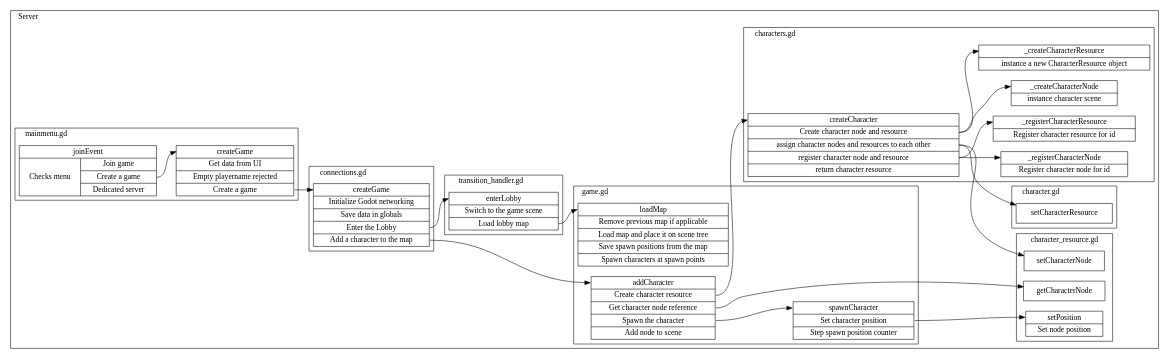
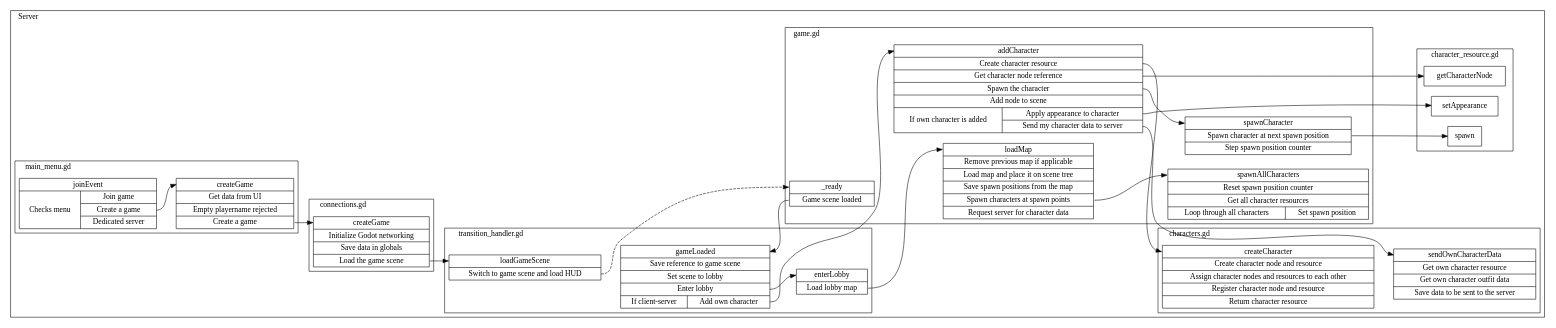
Before and after one commit to opensuspect/opensuspect: the diagram in misc/controlflow/create and join/create.dot, drawn with Graphviz. The commit also changed 13 other files, not shown here.

Commit message:
WIP: updating controlflow for create and join

```diff
--- a/misc/controlflow/create and join/create.dot
+++ b/misc/controlflow/create and join/create.dot
@@ -1,116 +1,121 @@
 digraph controlflow {
     rankdir="LR";
     subgraph cluster_client1 {
         label="Client 1"; labeljust="l";
 
     }
     subgraph cluster_server {
         label="Server"; labeljust="l";
-        subgraph cluster_server_character_resource {
-            label="character_resource.gd"; labeljust="l";
-            server_character_resource_getCharacterNode [
-                label="<begin>getCharacterNode"
+        subgraph cluster_server_game {
+            label="game.gd"; labeljust="l";
+            server_game__ready [
+                label="<begin>_ready | <f0> Game scene loaded "
                 shape="record"
             ]
-            server_character_resource_setCharacterNode [
-                label="<begin>setCharacterNode"
+            server_game_loadMap [
+                label="<begin>loadMap | {<f0> Remove previous map if applicable } | <f1> Load map and place it on scene tree  | <f2> Save spawn positions from the map  | <f3> Spawn characters at spawn points  | <f4> Request server for character data "
                 shape="record"
             ]
-            server_character_resource_setPosition [
-                label="<begin>setPosition | <f0> Set node position "
+            server_game_addCharacter [
+                label="<begin>addCharacter | <f0> Create character resource  | <f1> Get character node reference  | <f2> Spawn the character  | <f3> Add node to scene  | {<f4> If own character is added  |  { <f5> Apply appearance to character  | <f6> Send my character data to server  } }"
+                shape="record"
+            ]
+            server_game_spawnAllCharacters [
+                label="<begin>spawnAllCharacters | <f0> Reset spawn position counter  | <f1> Get all character resources  | {<f2> Loop through all characters  |  { <f3> Set spawn position  } }"
+                shape="record"
+            ]
+            server_game_spawnCharacter [
+                label="<begin>spawnCharacter | <f0> Spawn character at next spawn position  | <f1> Step spawn position counter "
                 shape="record"
             ]
         }
-        subgraph cluster_server_game {
-            label="game.gd"; labeljust="l";
-            server_game_loadMap [
-                label="<begin>loadMap | {<f0> Remove previous map if applicable } | <f1> Load map and place it on scene tree  | <f2> Save spawn positions from the map  | <f3> Spawn characters at spawn points "
+        subgraph cluster_server_main_menu {
+            label="main_menu.gd"; labeljust="l";
+            server_main_menu_createGame [
+                label="<begin>createGame | <f0> Get data from UI  | {<f1> Empty playername rejected } | <f2> Create a game "
                 shape="record"
             ]
-            server_game_addCharacter [
-                label="<begin>addCharacter | <f0> Create character resource  | <f1> Get character node reference  | <f2> Spawn the character  | <f3> Add node to scene "
-                shape="record"
-            ]
-            server_game_spawnCharacter [
-                label="<begin>spawnCharacter | <f0> Set character position  | <f1> Step spawn position counter "
-                shape="record"
-            ]
-        }
-        subgraph cluster_server_character {
-            label="character.gd"; labeljust="l";
-            server_character_setCharacterResource [
-                label="<begin>setCharacterResource"
-                shape="record"
-            ]
-        }
-        subgraph cluster_server_transition_handler {
-            label="transition_handler.gd"; labeljust="l";
-            server_transition_handler_enterLobby [
-                label="<begin>enterLobby | <f0> Switch to the game scene  | <f1> Load lobby map "
+            server_main_menu_joinEvent [
+                label="<begin>joinEvent | {<f0> Checks menu  |  { <f1> Join game  | <f2> Create a game  | <f3> Dedicated server  } }"
                 shape="record"
             ]
         }
         subgraph cluster_server_connections {
             label="connections.gd"; labeljust="l";
             server_connections_createGame [
-                label="<begin>createGame | <f0> Initialize Godot networking  | <f1> Save data in globals  | <f2> Enter the Lobby  | <f3> Add a character to the map "
+                label="<begin>createGame | <f0> Initialize Godot networking  | <f1> Save data in globals  | <f2> Load the game scene "
+                shape="record"
+            ]
+        }
+        subgraph cluster_server_transition_handler {
+            label="transition_handler.gd"; labeljust="l";
+            server_transition_handler_gameLoaded [
+                label="<begin>gameLoaded | <f0> Save reference to game scene  | <f1> Set scene to lobby  | <f2> Enter lobby  | {<f3> If client-server  |  { <f4> Add own character  } }"
+                shape="record"
+            ]
+            server_transition_handler_loadGameScene [
+                label="<begin>loadGameScene | <f0> Switch to game scene and load HUD "
+                shape="record"
+            ]
+            server_transition_handler_enterLobby [
+                label="<begin>enterLobby | <f0> Load lobby map "
                 shape="record"
             ]
         }
         subgraph cluster_server_characters {
             label="characters.gd"; labeljust="l";
             server_characters_createCharacter [
-                label="<begin>createCharacter | <f0> Create character node and resource  | <f1> assign character nodes and resources to each other  | <f2> register character node and resource  | <f3> return character resource "
+                label="<begin>createCharacter | <f0> Create character node and resource  | <f1> Assign character nodes and resources to each other  | <f2> Register character node and resource  | <f3> Return character resource "
                 shape="record"
             ]
-            server_characters__createCharacterNode [
-                label="<begin>_createCharacterNode | <f0> instance character scene "
-                shape="record"
-            ]
-            server_characters__createCharacterResource [
-                label="<begin>_createCharacterResource | <f0> instance a new CharacterResource object "
-                shape="record"
-            ]
-            server_characters__registerCharacterNode [
-                label="<begin>_registerCharacterNode | <f0> Register character node for id "
-                shape="record"
-            ]
-            server_characters__registerCharacterResource [
-                label="<begin>_registerCharacterResource | <f0> Register character resource for id "
+            server_characters_sendOwnCharacterData [
+                label="<begin>sendOwnCharacterData | <f0> Get own character resource  | <f1> Get own character outfit data  | <f2> Save data to be sent to the server "
                 shape="record"
             ]
         }
-        subgraph cluster_server_mainmenu {
-            label="mainmenu.gd"; labeljust="l";
-            server_mainmenu_createGame [
-                label="<begin>createGame | <f0> Get data from UI  | {<f1> Empty playername rejected } | <f2> Create a game "
+        subgraph cluster_server_character_resource {
+            label="character_resource.gd"; labeljust="l";
+            server_character_resource_spawn [
+                label="<begin>spawn"
                 shape="record"
             ]
-            server_mainmenu_joinEvent [
-                label="<begin>joinEvent | {<f0> Checks menu  |  { <f1> Join game  | <f2> Create a game  | <f3> Dedicated server  } }"
+            server_character_resource_getCharacterNode [
+                label="<begin>getCharacterNode"
+                shape="record"
+            ]
+            server_character_resource_setAppearance [
+                label="<begin>setAppearance"
                 shape="record"
             ]
         }
 
     }
     subgraph cluster_client2 {
         label="Client 2"; labeljust="l";
 
     }
 
-    server_mainmenu_joinEvent:f2 -> server_mainmenu_createGame:begin;
-    server_mainmenu_createGame:f2 -> server_connections_createGame:begin;
-    server_connections_createGame:f2 -> server_transition_handler_enterLobby:begin;
-    server_transition_handler_enterLobby:f1 -> server_game_loadMap:begin;
-    server_connections_createGame:f3 -> server_game_addCharacter:begin;
+    server_main_menu_joinEvent:f2 -> server_main_menu_createGame:begin;
+    server_main_menu_createGame:f2 -> server_connections_createGame:begin;
+    server_connections_createGame:f2 -> server_transition_handler_loadGameScene:begin;
+    server_transition_handler_loadGameScene:f0 -> server_game__ready:begin [style=dashed];
+    
+    server_game__ready:f0 -> server_transition_handler_gameLoaded:begin;
+    server_transition_handler_gameLoaded:f2 -> server_transition_handler_enterLobby:begin;
+    server_transition_handler_enterLobby:f0 -> server_game_loadMap:begin;
+    server_game_loadMap:f3 -> server_game_spawnAllCharacters:begin;
+    
+    server_transition_handler_gameLoaded:f4 -> server_game_addCharacter:begin [minlen=2];
     server_game_addCharacter:f0 -> server_characters_createCharacter:begin;
-    server_characters_createCharacter:f0 -> server_characters__createCharacterNode:begin;
-    server_characters_createCharacter:f0 -> server_characters__createCharacterResource:begin;
-    server_characters_createCharacter:f1 -> server_character_setCharacterResource:begin;
-    server_characters_createCharacter:f1 -> server_character_resource_setCharacterNode:begin;
-    server_characters_createCharacter:f2 -> server_characters__registerCharacterNode:begin;
-    server_characters_createCharacter:f2 -> server_characters__registerCharacterResource:begin;
     server_game_addCharacter:f1 -> server_character_resource_getCharacterNode:begin;
     server_game_addCharacter:f2 -> server_game_spawnCharacter:begin;
-    server_game_spawnCharacter:f0 -> server_character_resource_setPosition:begin;
+    server_game_addCharacter:f5 -> server_character_resource_setAppearance:begin;
+    server_game_addCharacter:f6 -> server_characters_sendOwnCharacterData:begin;
+    
+    server_game_spawnCharacter:f0 -> server_character_resource_spawn:begin;
+    
+    server_game__ready -> server_game_addCharacter [style=invis];
+    server_transition_handler_loadGameScene -> server_transition_handler_gameLoaded [style=invis]
+    server_game__ready -> server_game_loadMap [style=invis];
+    server_characters_createCharacter -> server_characters_sendOwnCharacterData [style=invis];
 }
```
